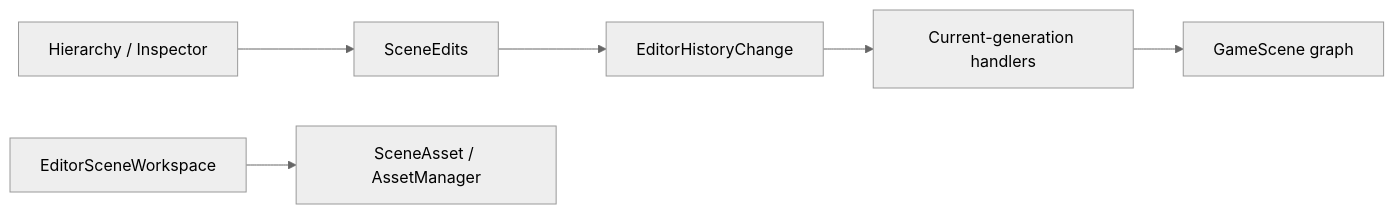
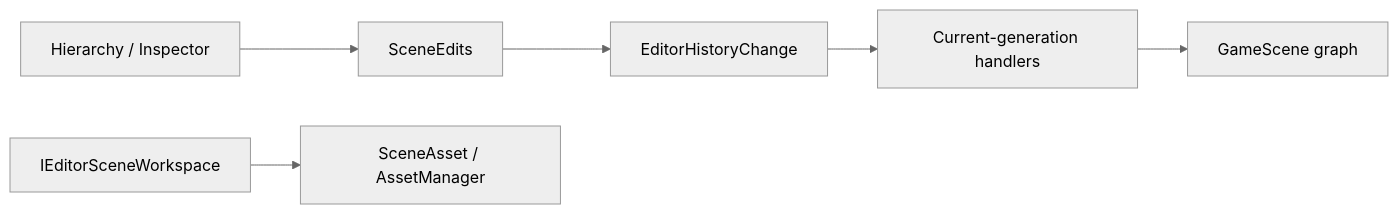
The diagram in docs/editor/Inno.Editor.Scene.md (FLwolfy/InnoEngine), drawn with Mermaid (neutral theme) before and after one commit. The commit also changed other lines of this file and 186 other files, not shown here.

````diff
--- a/docs/editor/Inno.Editor.Scene.md
+++ b/docs/editor/Inno.Editor.Scene.md
@@ -9,8 +9,8 @@
 ```mermaid
 flowchart LR
     Panels["Hierarchy / Inspector"] --> Edits["SceneEdits"]
     Edits --> History["EditorHistoryChange"]
     History --> Handlers["Current-generation handlers"]
     Handlers --> Scene["GameScene graph"]
-    Workspace["EditorSceneWorkspace"] --> Assets["SceneAsset / AssetManager"]
+    Workspace["IEditorSceneWorkspace"] --> Assets["SceneAsset / AssetManager"]
 ```
````
